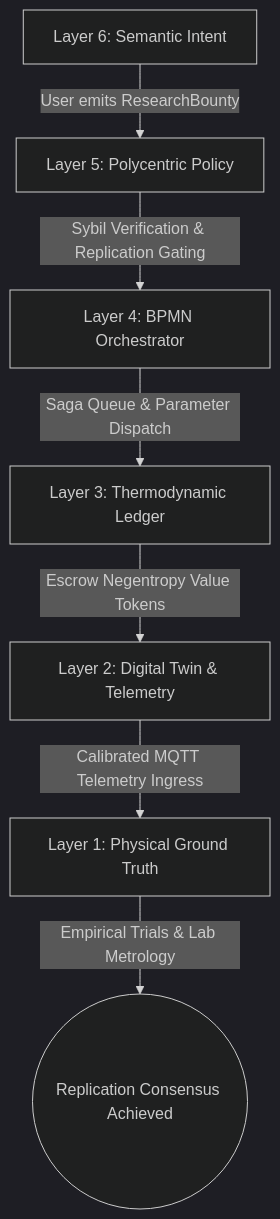
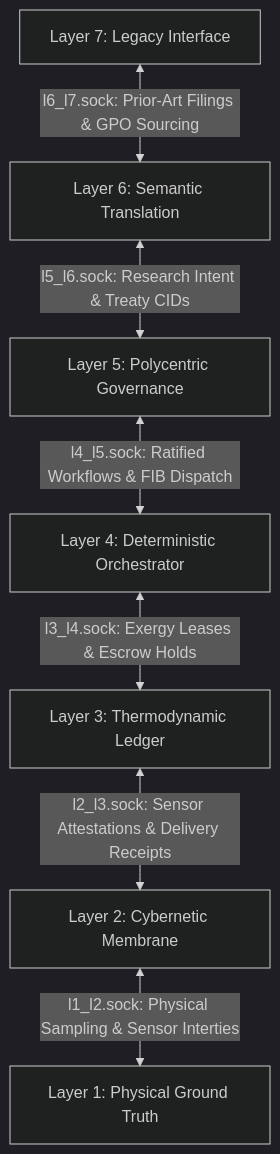
One commit to raffaine/collective changed the first of 4 diagrams in docs/scenarios/iota_epistemic.md. Above: the diagram before and after it, drawn with Mermaid (dark theme). The commit also changed other lines of this file and 23 other files, not shown here.

````diff
--- a/docs/scenarios/iota_epistemic.md
+++ b/docs/scenarios/iota_epistemic.md
@@ -37,9 +39,9 @@
 ```mermaid
 graph TD
-    L6[Layer 6: Semantic Intent] -->|User emits ResearchBounty| L5[Layer 5: Polycentric Policy]
-    L5 -->|Sybil Verification & Replication Gating| L4[Layer 4: BPMN Orchestrator]
-    L4 -->|Saga Queue & Parameter Dispatch| L3[Layer 3: Thermodynamic Ledger]
-    L3 -->|Escrow Negentropy Value Tokens| L2[Layer 2: Digital Twin & Telemetry]
-    L2 -->|Calibrated MQTT Telemetry Ingress| L1[Layer 1: Physical Ground Truth]
-    L1 -->|Empirical Trials & Lab Metrology| End((Replication Consensus Achieved))
+    L7[Layer 7: Legacy Interface] <-->|l6_l7.sock: Prior-Art Filings & GPO Sourcing| L6[Layer 6: Semantic Translation]
+    L6 <-->|l5_l6.sock: Research Intent & Treaty CIDs| L5[Layer 5: Polycentric Governance]
+    L5 <-->|l4_l5.sock: Ratified Workflows & FIB Dispatch| L4[Layer 4: Deterministic Orchestrator]
+    L4 <-->|l3_l4.sock: Exergy Leases & Escrow Holds| L3[Layer 3: Thermodynamic Ledger]
+    L3 <-->|l2_l3.sock: Sensor Attestations & Delivery Receipts| L2[Layer 2: Cybernetic Membrane]
+    L2 <-->|l1_l2.sock: Physical Sampling & Sensor Interties| L1[Layer 1: Physical Ground Truth]
 ```
````
